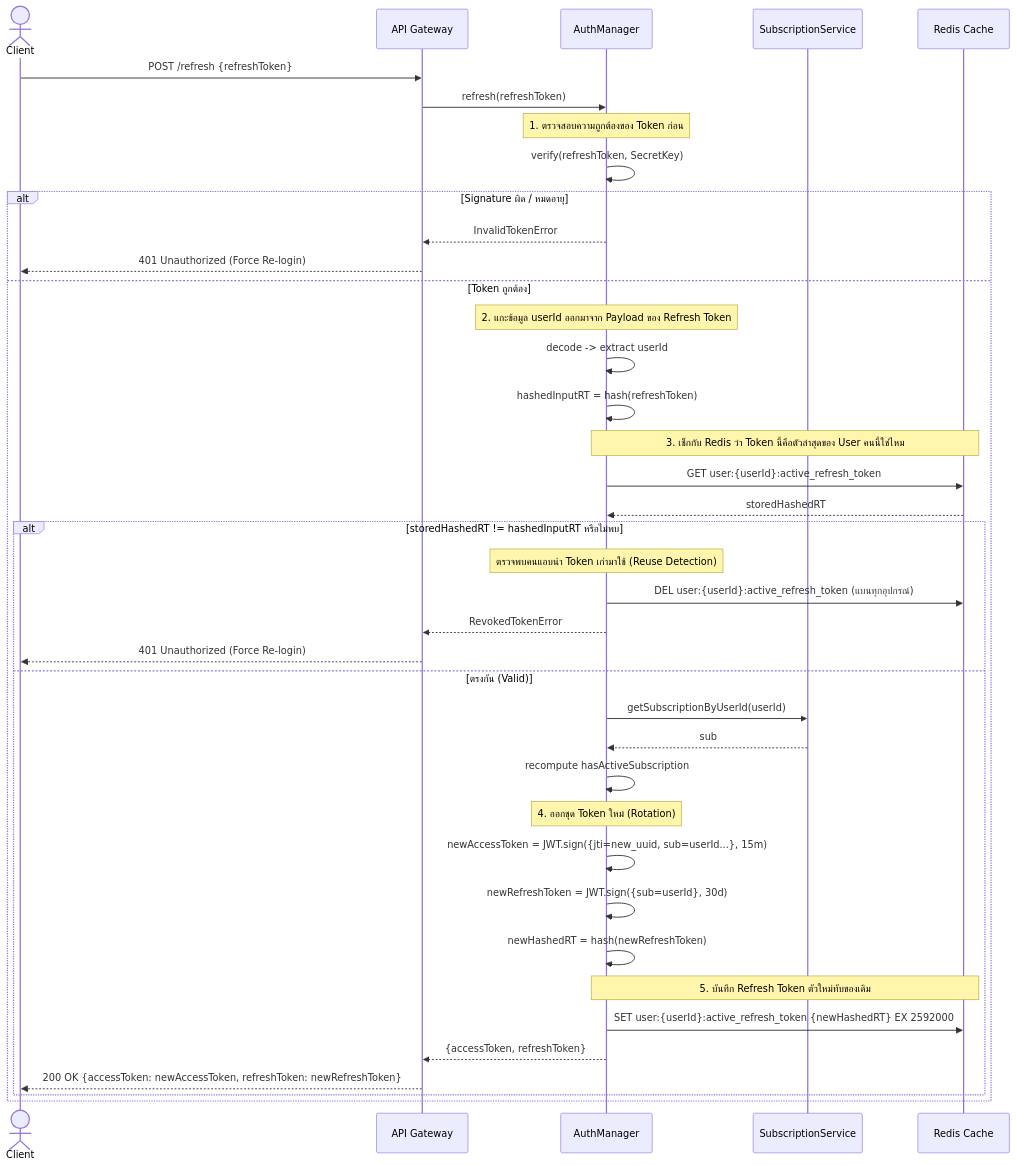
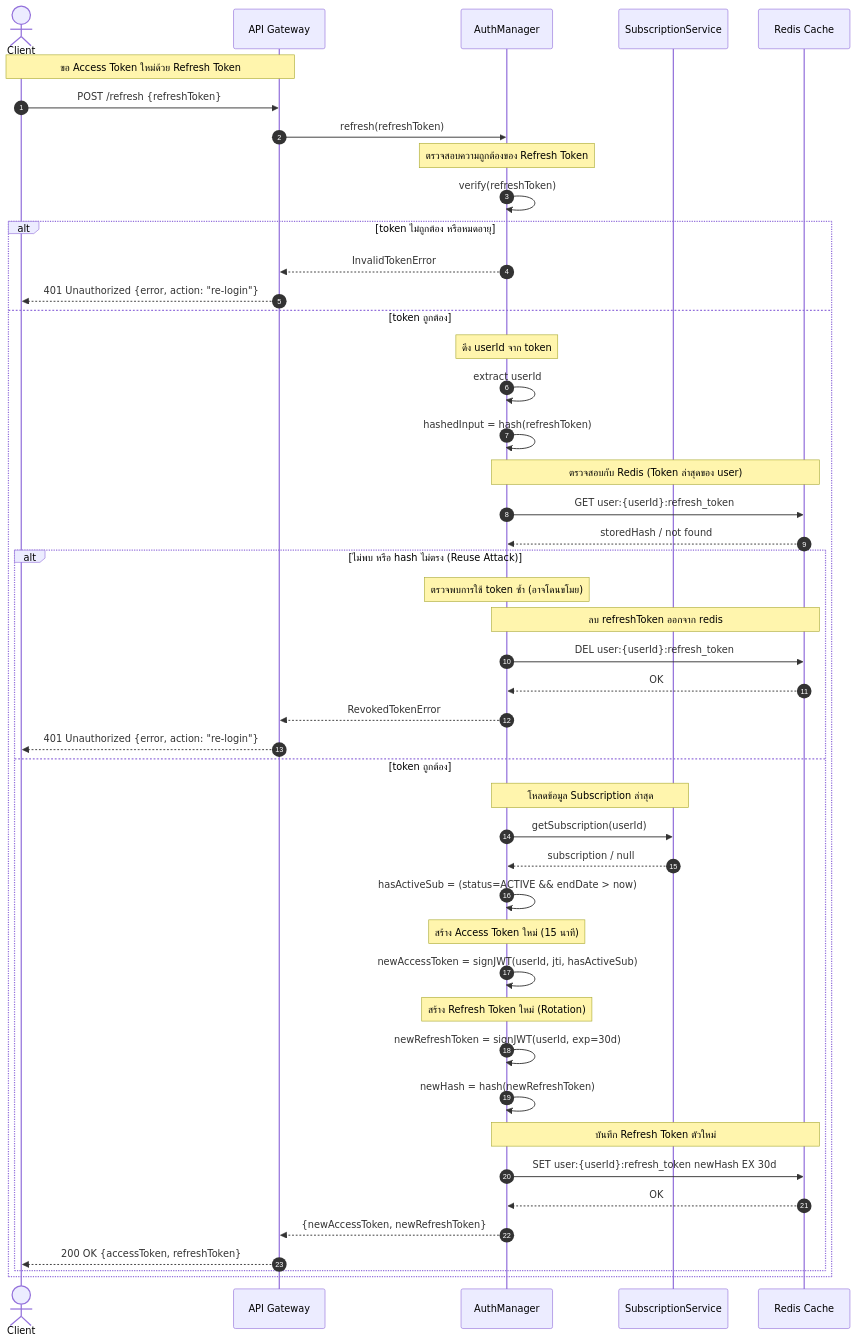
The third of 4 diagrams in doc/sequence_02_auth.md (Bank-e/Music-Video-Streaming-Subscription-System), drawn with Mermaid before and after one commit. The commit also changed other lines of this file and 4 other files, not shown here.

````diff
--- a/doc/sequence_02_auth.md
+++ b/doc/sequence_02_auth.md
@@ -91,48 +109,61 @@
 ```mermaid
 sequenceDiagram
-  actor Client
-  participant API as API Gateway
-  participant AM as AuthManager
-  participant SS as SubscriptionService
-  participant Cache as Redis Cache
+    autonumber
+    actor Client
+    participant API as API Gateway
+    participant AM as AuthManager
+    participant SS as SubscriptionService
+    participant Cache as Redis Cache
 
-  Client->>API: POST /refresh {refreshToken}
-  API->>AM: refresh(refreshToken)
+    Note over Client,API: ขอ Access Token ใหม่ด้วย Refresh Token
 
-  Note over AM: 1. ตรวจสอบความถูกต้องของ Token ก่อน
-  AM->>AM: verify(refreshToken, SecretKey)
-  alt Signature ผิด / หมดอายุ
-    AM-->>API: InvalidTokenError
-    API-->>Client: 401 Unauthorized (Force Re-login)
-  else Token ถูกต้อง
-    Note over AM: 2. แกะข้อมูล userId ออกมาจาก Payload ของ Refresh Token
-    AM->>AM: decode -> extract userId
-    AM->>AM: hashedInputRT = hash(refreshToken)
+    Client->>API: POST /refresh {refreshToken}
+    API->>AM: refresh(refreshToken)
 
-    Note over AM,Cache: 3. เช็กกับ Redis ว่า Token นี้คือตัวล่าสุดของ User คนนี้ใช่ไหม
-    AM->>Cache: GET user:{userId}:active_refresh_token
-    Cache-->>AM: storedHashedRT
+    Note over AM: ตรวจสอบความถูกต้องของ Refresh Token
 
-    alt storedHashedRT != hashedInputRT หรือไม่พบ
-      Note over AM: ตรวจพบคนแอบนำ Token เก่ามาใช้ (Reuse Detection)
-      AM->>Cache: DEL user:{userId}:active_refresh_token (แบนทุกอุปกรณ์)
-      AM-->>API: RevokedTokenError
-      API-->>Client: 401 Unauthorized (Force Re-login)
-    else ตรงกัน (Valid)
-      AM->>SS: getSubscriptionByUserId(userId)
-      SS-->>AM: sub
-      AM->>AM: recompute hasActiveSubscription
+    AM->>AM: verify(refreshToken)
 
-      Note over AM: 4. ออกชุด Token ใหม่ (Rotation)
-      AM->>AM: newAccessToken = JWT.sign({jti=new_uuid, sub=userId...}, 15m)
-      AM->>AM: newRefreshToken = JWT.sign({sub=userId}, 30d)
-      AM->>AM: newHashedRT = hash(newRefreshToken)
+    alt token ไม่ถูกต้อง หรือหมดอายุ
+        AM-->>API: InvalidTokenError
+        API-->>Client: 401 Unauthorized {error, action: "re-login"}
+    else token ถูกต้อง
+        Note over AM: ดึง userId จาก token
+        AM->>AM: extract userId
+        AM->>AM: hashedInput = hash(refreshToken)
 
-      Note over AM,Cache: 5. บันทึก Refresh Token ตัวใหม่ทับของเดิม
-      AM->>Cache: SET user:{userId}:active_refresh_token {newHashedRT} EX 2592000
+        Note over AM,Cache: ตรวจสอบกับ Redis (Token ล่าสุดของ user)
+        AM->>Cache: GET user:{userId}:refresh_token
+        Cache-->>AM: storedHash / not found
 
-      AM-->>API: {accessToken, refreshToken}
-      API-->>Client: 200 OK {accessToken: newAccessToken, refreshToken: newRefreshToken}
+        alt ไม่พบ หรือ hash ไม่ตรง (Reuse Attack)
+            Note over AM: ตรวจพบการใช้ token ซ้ำ (อาจโดนขโมย)
+            Note over AM,Cache: ลบ refreshToken ออกจาก redis
+            AM->>Cache: DEL user:{userId}:refresh_token
+            Cache-->>AM: OK
+
+            AM-->>API: RevokedTokenError
+            API-->>Client: 401 Unauthorized {error, action: "re-login"}
+        else token ถูกต้อง
+            Note over AM,SS: โหลดข้อมูล Subscription ล่าสุด
+            AM->>SS: getSubscription(userId)
+            SS-->>AM: subscription / null
+
+            AM->>AM: hasActiveSub = (status=ACTIVE && endDate > now)
+
+            Note over AM: สร้าง Access Token ใหม่ (15 นาที)
+            AM->>AM: newAccessToken = signJWT(userId, jti, hasActiveSub)
+
+            Note over AM: สร้าง Refresh Token ใหม่ (Rotation)
+            AM->>AM: newRefreshToken = signJWT(userId, exp=30d)
+            AM->>AM: newHash = hash(newRefreshToken)
+
+            Note over AM,Cache: บันทึก Refresh Token ตัวใหม่
+            AM->>Cache: SET user:{userId}:refresh_token newHash EX 30d
+            Cache-->>AM: OK
+
+            AM-->>API: {newAccessToken, newRefreshToken}
+            API-->>Client: 200 OK {accessToken, refreshToken}
+        end
     end
-  end
 ```
````
